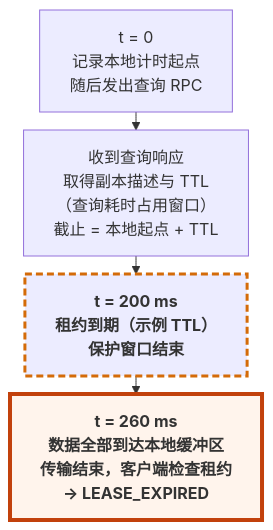
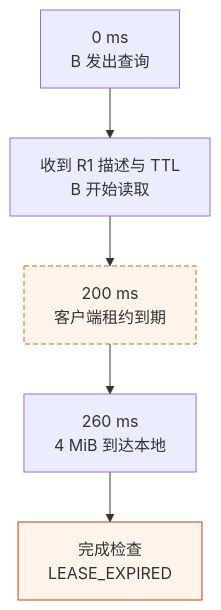
The diagram in mooncake-kv-cache-series/wechat/04-get-and-lease.md (Hansyangxingxiang/Mooncake), drawn with Mermaid before and after one commit. The commit also changed other lines of this file and 12 other files, not shown here.

````diff
--- a/mooncake-kv-cache-series/wechat/04-get-and-lease.md
+++ b/mooncake-kv-cache-series/wechat/04-get-and-lease.md
@@ -19,13 +15,12 @@
 ```mermaid
-%%{init: {"flowchart": {"nodeSpacing": 12, "rankSpacing": 18}}}%%
 flowchart TB
-    T0["t = 0<br/>记录本地计时起点<br/>随后发出查询 RPC"]
-    T1["收到查询响应<br/>取得副本描述与 TTL<br/>（查询耗时占用窗口）<br/>截止 = 本地起点 + TTL"]
-    T2["t = 200 ms<br/>租约到期（示例 TTL）<br/>保护窗口结束"]
-    T3["t = 260 ms<br/>数据全部到达本地缓冲区<br/>传输结束，客户端检查租约<br/>→ LEASE_EXPIRED"]
+    T0["0 ms<br/>B 发出查询"]
+    T1["收到 R1 描述与 TTL<br/>B 开始读取"]
+    T2["200 ms<br/>客户端租约到期"]
+    T3["260 ms<br/>4 MiB 到达本地"]
+    T4["完成检查<br/>LEASE_EXPIRED"]
 
-    T0 --> T1 --> T2 --> T3
-
-    style T2 stroke:#D46B08,stroke-width:3px,stroke-dasharray:7 4,font-weight:bold
-    style T3 stroke:#C2410C,stroke-width:4px,font-weight:bold,fill:#FFF4EC
+    T0 --> T1 --> T2 --> T3 --> T4
+    style T2 fill:#FFF4EC,stroke:#D46B08,stroke-dasharray:5 3
+    style T4 fill:#FFF4EC,stroke:#C2410C
 ```
````
